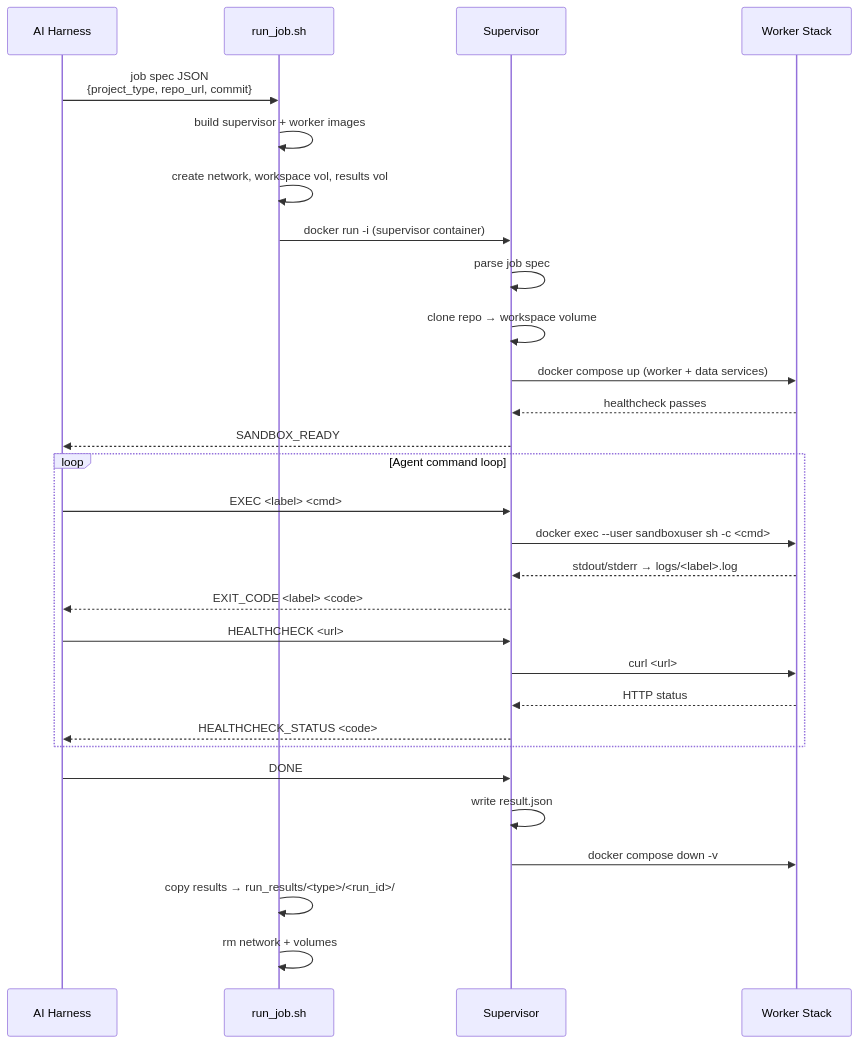
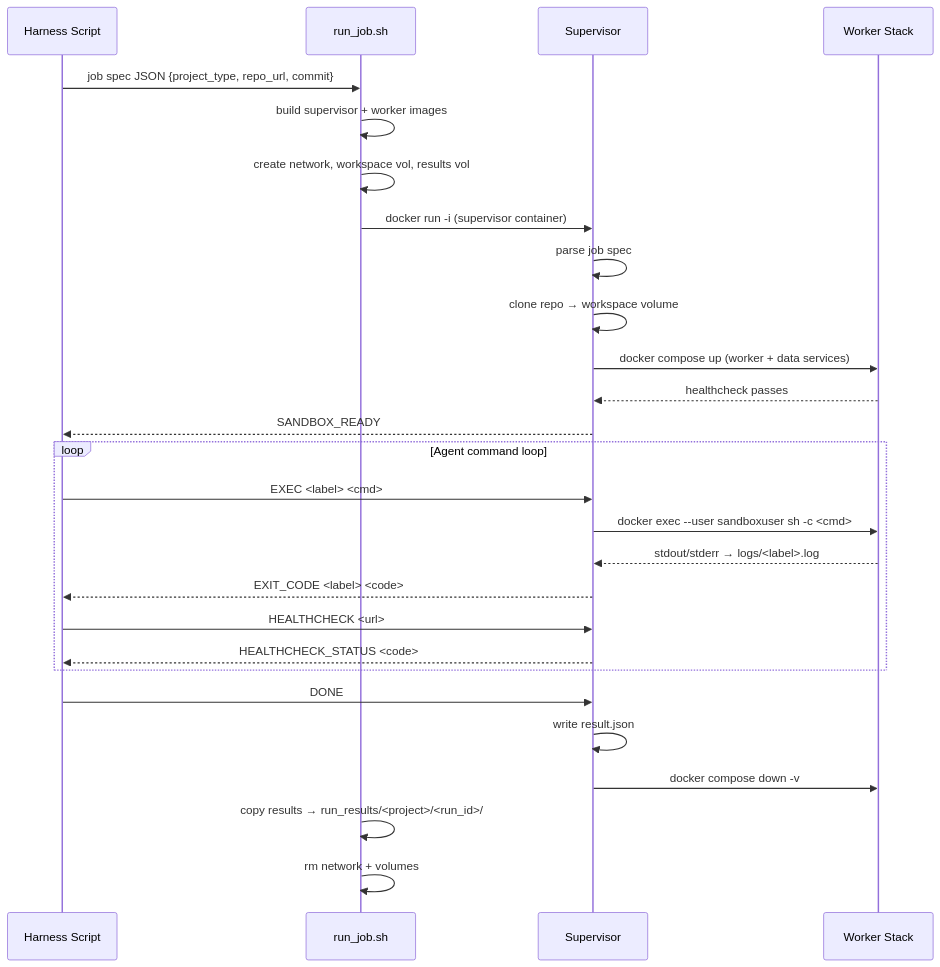
One commit to maxim-grin/agent-sandbox changed the first of 3 diagrams in ARCHITECTURE.md. Above: the diagram before and after it, drawn with Mermaid. The commit also changed other lines of this file and 7 other files, not shown here.

Commit message:
update docs for the architecture change - use independed agent

````diff
--- a/ARCHITECTURE.md
+++ b/ARCHITECTURE.md
@@ -11,35 +11,33 @@
 ```mermaid
 sequenceDiagram
-    participant H as AI Harness
+    participant H as Harness Script
     participant R as run_job.sh
     participant S as Supervisor
     participant W as Worker Stack
 
-    H->>R: job spec JSON<br/>{project_type, repo_url, commit}
+    H->>R: job spec JSON {project_type, repo_url, commit}
     R->>R: build supervisor + worker images
     R->>R: create network, workspace vol, results vol
     R->>S: docker run -i (supervisor container)
     S->>S: parse job spec
     S->>S: clone repo → workspace volume
     S->>W: docker compose up (worker + data services)
     W-->>S: healthcheck passes
     S-->>H: SANDBOX_READY
 
     loop Agent command loop
         H->>S: EXEC <label> <cmd>
         S->>W: docker exec --user sandboxuser sh -c <cmd>
         W-->>S: stdout/stderr → logs/<label>.log
         S-->>H: EXIT_CODE <label> <code>
 
         H->>S: HEALTHCHECK <url>
-        S->>W: curl <url>
-        W-->>S: HTTP status
         S-->>H: HEALTHCHECK_STATUS <code>
     end
 
     H->>S: DONE
     S->>S: write result.json
     S->>W: docker compose down -v
-    R->>R: copy results → run_results/<type>/<run_id>/
+    R->>R: copy results → run_results/<project>/<run_id>/
     R->>R: rm network + volumes
 ```
````
